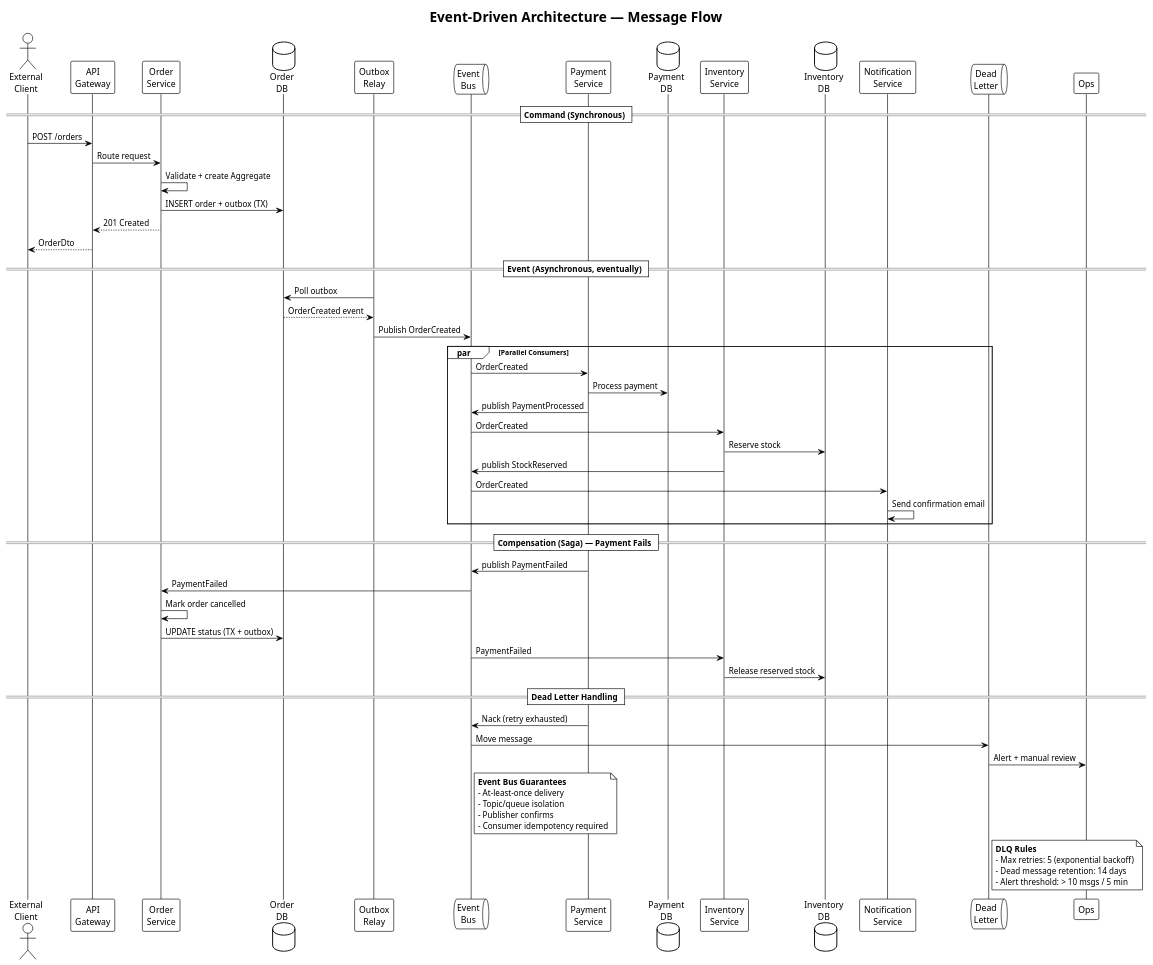
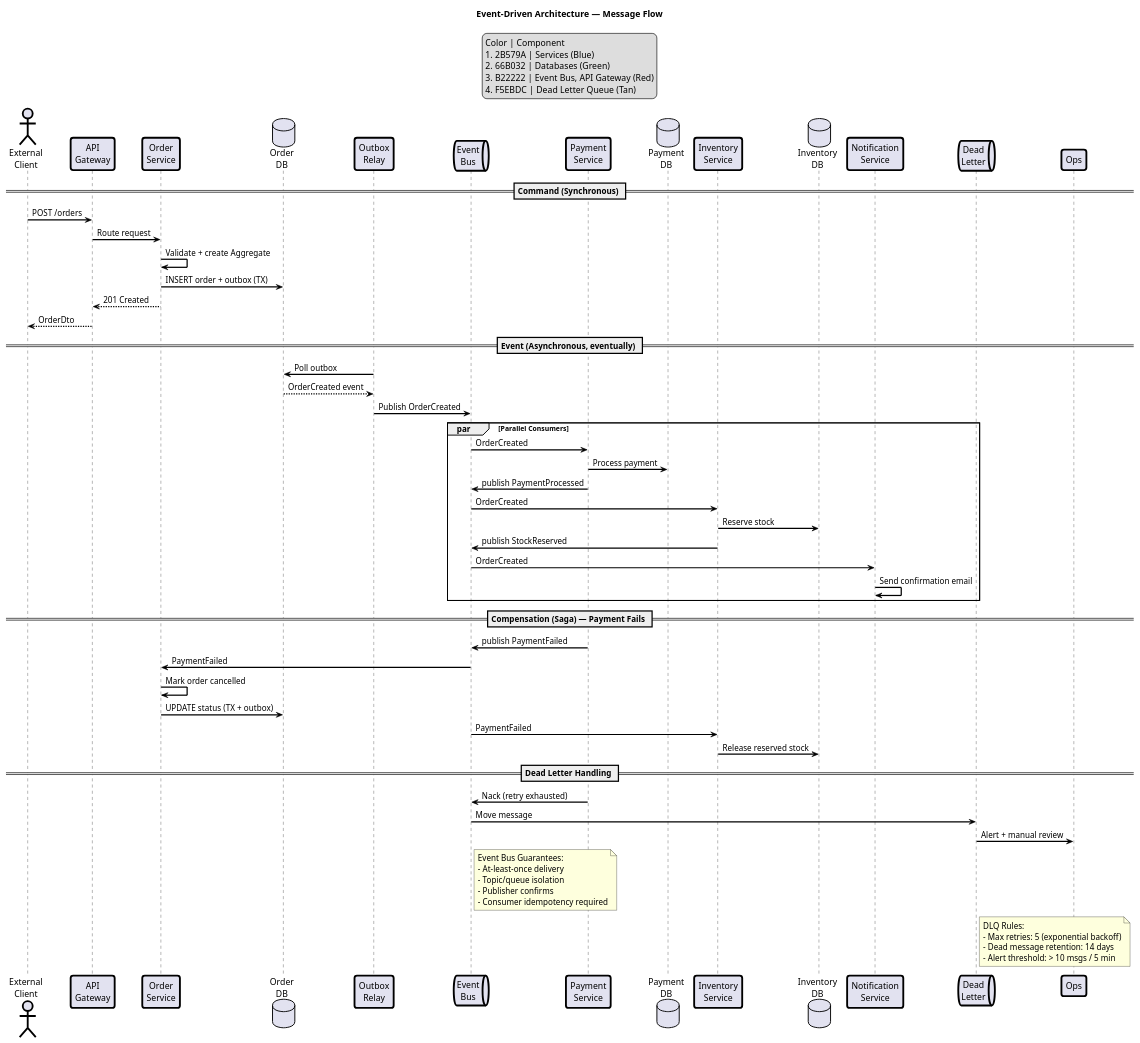
The diagram in docs/01-agnostic/06-diagrams/06-event-driven.puml (leonardsoetedjo/app-architecture-template), drawn with PlantUML before and after one commit. The commit also changed 23 other files, not shown here.

First line of the commit message:
style(docs): standardize PlantUML diagrams to locked color palette (#29)

```diff
--- a/docs/01-agnostic/06-diagrams/06-event-driven.puml
+++ b/docs/01-agnostic/06-diagrams/06-event-driven.puml
@@ -1,73 +1,131 @@
 @startuml EventDriven
-!theme plain
 
 title Event-Driven Architecture — Message Flow
+
+' Color Palette Definitions
+skinparam actor {
+    BorderColor #000000
+    BorderThickness 3
+    RoundCorner 8
+}
+skinparam participant {
+    BorderColor #000000
+    BorderThickness 3
+    RoundCorner 8
+}
+skinparam database {
+    BorderColor #000000
+    BorderThickness 3
+    RoundCorner 8
+}
+skinparam queue {
+    BorderColor #000000
+    BorderThickness 3
+    RoundCorner 8
+}
+skinparam arrow {
+    Color #000000
+    Thickness 2
+}
+skinparam defaultIconSize 16
+
+' Blue - Services
+skinparam participant<<Blue>> {
+    BackgroundColor #2B579A
+    FontColor #FFFFFF
+}
+
+' Green - Infrastructure (Database)
+skinparam database<<Green>> {
+    BackgroundColor #66B032
+    FontColor #000000
+}
+
+' Red - External/Boundary (Event Bus)
+skinparam queue<<Red>> {
+    BackgroundColor #B22222
+    FontColor #FFFFFF
+}
+
+' Tan - Neutral/Shared (Dead Letter Queue)
+skinparam queue<<Tan>> {
+    BackgroundColor #F5EBDC
+    FontColor #000000
+}
 
 actor "External\nClient" as Client
 participant "API\nGateway" as GW
 participant "Order\nService" as OS
 database "Order\nDB" as ODB
 participant "Outbox\nRelay" as Relay
 queue "Event\nBus" as EB
 participant "Payment\nService" as PS
 database "Payment\nDB" as PDB
 participant "Inventory\nService" as IS
 database "Inventory\nDB" as IDB
 participant "Notification\nService" as NS
 queue "Dead\nLetter" as DLQ
 
 == Command (Synchronous) ==
 Client -> GW : POST /orders
 GW -> OS : Route request
 OS -> OS : Validate + create Aggregate
 OS -> ODB : INSERT order + outbox (TX)
 OS --> GW : 201 Created
 GW --> Client : OrderDto
 
 == Event (Asynchronous, eventually) ==
 Relay -> ODB : Poll outbox
 ODB --> Relay : OrderCreated event
 Relay -> EB : Publish OrderCreated
 
 par Parallel Consumers
     EB -> PS : OrderCreated
     PS -> PDB : Process payment
     PS -> EB : publish PaymentProcessed
 
     EB -> IS : OrderCreated
     IS -> IDB : Reserve stock
     IS -> EB : publish StockReserved
 
     EB -> NS : OrderCreated
     NS -> NS : Send confirmation email
 end
 
 == Compensation (Saga) — Payment Fails ==
 PS -> EB : publish PaymentFailed
 EB -> OS : PaymentFailed
 OS -> OS : Mark order cancelled
 OS -> ODB : UPDATE status (TX + outbox)
 EB -> IS : PaymentFailed
 IS -> IDB : Release reserved stock
 
 == Dead Letter Handling ==
 PS -> EB : Nack (retry exhausted)
 EB -> DLQ : Move message
 DLQ -> Ops : Alert + manual review
 
 note right of EB
-  **Event Bus Guarantees**
+  Event Bus Guarantees:
   - At-least-once delivery
   - Topic/queue isolation
   - Publisher confirms
   - Consumer idempotency required
 end note
 
 note right of DLQ
-  **DLQ Rules**
+  DLQ Rules:
   - Max retries: 5 (exponential backoff)
   - Dead message retention: 14 days
   - Alert threshold: > 10 msgs / 5 min
 end note
 
+legend top
+  Color | Component
+  #2B579A | Services (Blue)
+  #66B032 | Databases (Green)
+  #B22222 | Event Bus, API Gateway (Red)
+  #F5EBDC | Dead Letter Queue (Tan)
+endlegend
+
 @enduml
```
